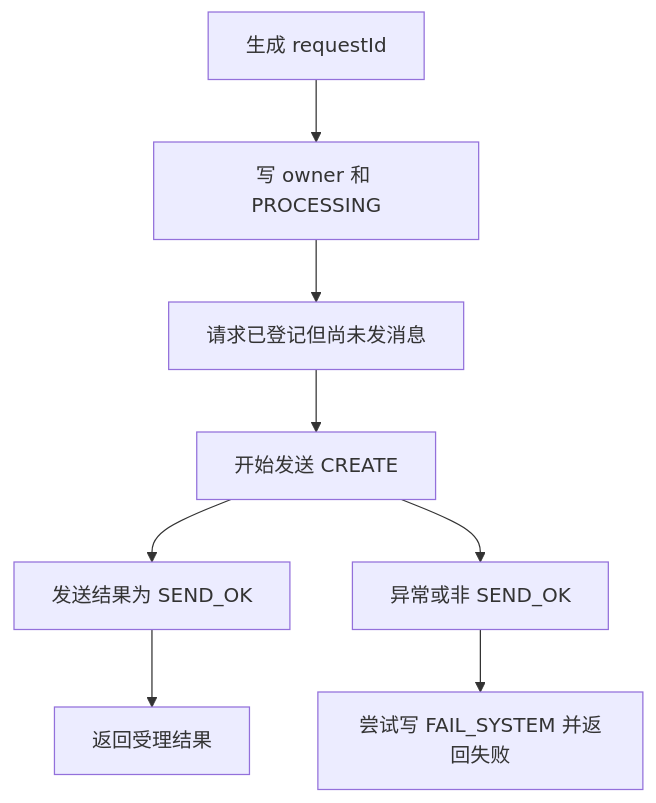
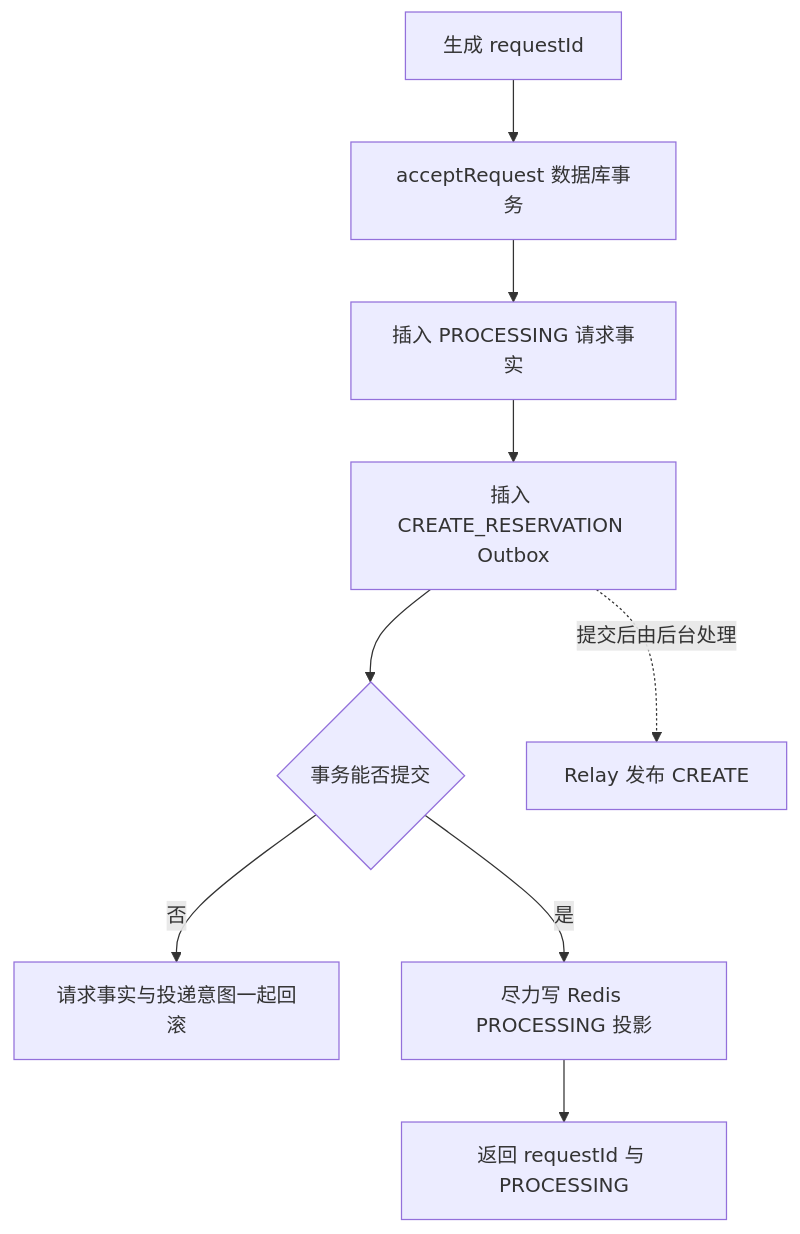
One commit to SyH-101/citypass-platform changed the second of 12 diagrams in 01-异步预约与防超卖.md. Above: the diagram before and after it, drawn with Mermaid. The commit also changed other lines of this file and 1 other file, not shown here.

Commit message:
docs: align reservation guides with v4 reliability

````diff
--- a/01-异步预约与防超卖.md
+++ b/01-异步预约与防超卖.md
@@ -140,10 +162,11 @@
 ```mermaid
 flowchart TD
-    I[生成 requestId] --> W[写 owner 和 PROCESSING]
-    W --> P[请求已登记但尚未发消息]
-    P --> Q[开始发送 CREATE]
-    Q --> OK[发送结果为 SEND_OK]
-    Q --> BAD[异常或非 SEND_OK]
-    OK --> R[返回受理结果]
-    BAD --> F[尝试写 FAIL_SYSTEM 并返回失败]
+    I[生成 requestId] --> T[acceptRequest 数据库事务]
+    T --> F[插入 PROCESSING 请求事实]
+    F --> O[插入 CREATE_RESERVATION Outbox]
+    O --> C{事务能否提交}
+    C -->|否| R[请求事实与投递意图一起回滚]
+    C -->|是| P[尽力写 Redis PROCESSING 投影]
+    P --> A[返回 requestId 与 PROCESSING]
+    O -. 提交后由后台处理 .-> Q[Relay 发布 CREATE]
 ```
````
